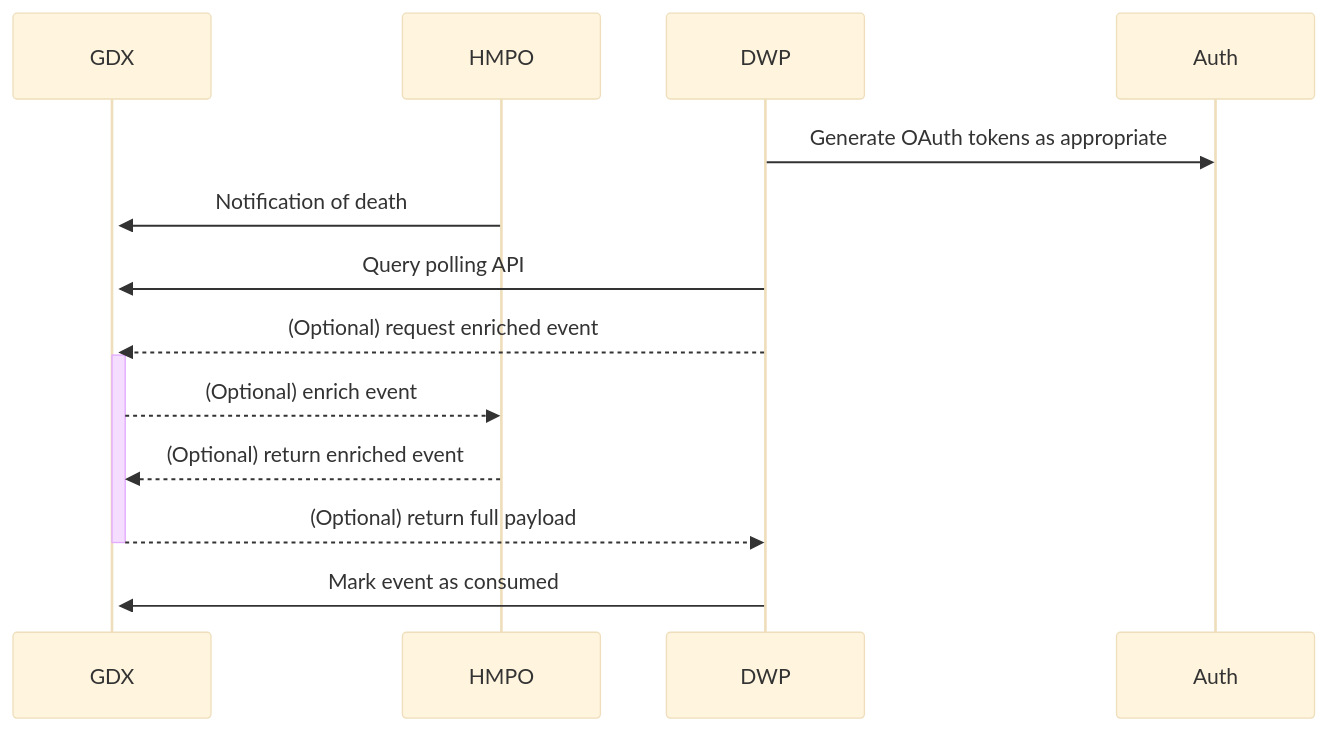
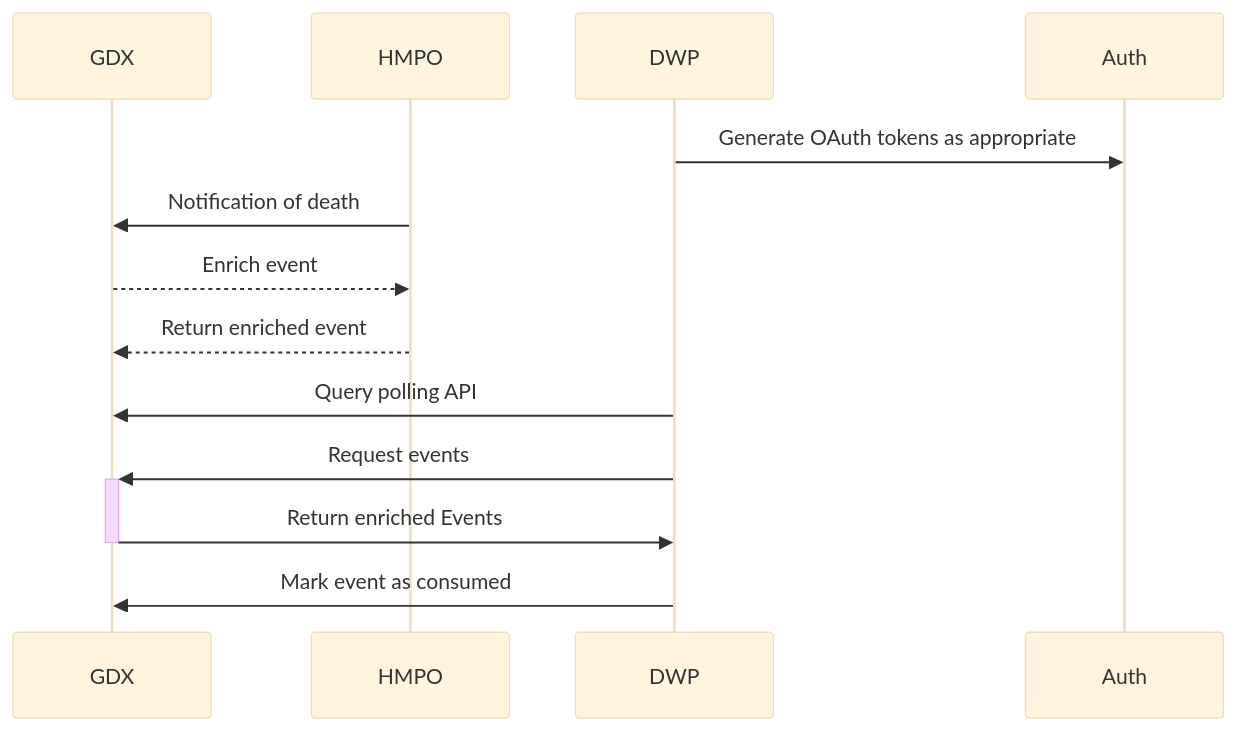
The second of 2 diagrams in doc/architecture/decisions/0005-queue-api.md (govuk-one-login/life-events-platform), drawn with Mermaid (base theme) before and after one commit. The commit also changed other lines of this file, not shown here.

````diff
--- a/doc/architecture/decisions/0005-queue-api.md
+++ b/doc/architecture/decisions/0005-queue-api.md
@@ -37,19 +35,20 @@
 ```mermaid
 sequenceDiagram
     participant GDX
     participant HMPO
     participant DWP 
     participant Auth
 
     DWP ->> Auth: Generate OAuth tokens as appropriate
     
-    HMPO ->>+ GDX: Notification of death
+    HMPO ->> GDX: Notification of death
+    GDX-->>HMPO: Enrich event
+    HMPO-->>GDX: Return enriched event
 
     DWP->>GDX: Query polling API
-    DWP-->>+GDX: (Optional) request enriched event
-    GDX-->>HMPO: (Optional) enrich event
-    HMPO-->>GDX: (Optional) return enriched event
-    GDX-->>-DWP: (Optional) return full payload
+    
+    DWP->>+GDX: Request events
+    GDX->>-DWP: Return enriched Events
 
     DWP->>GDX: Mark event as consumed
 ```
````
